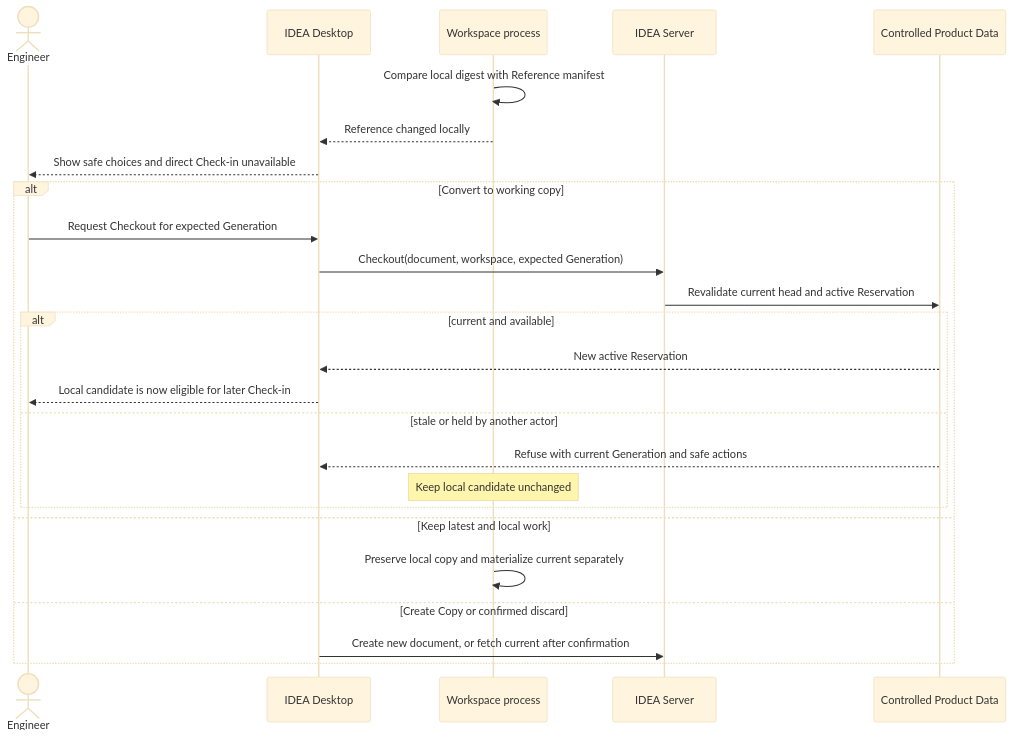
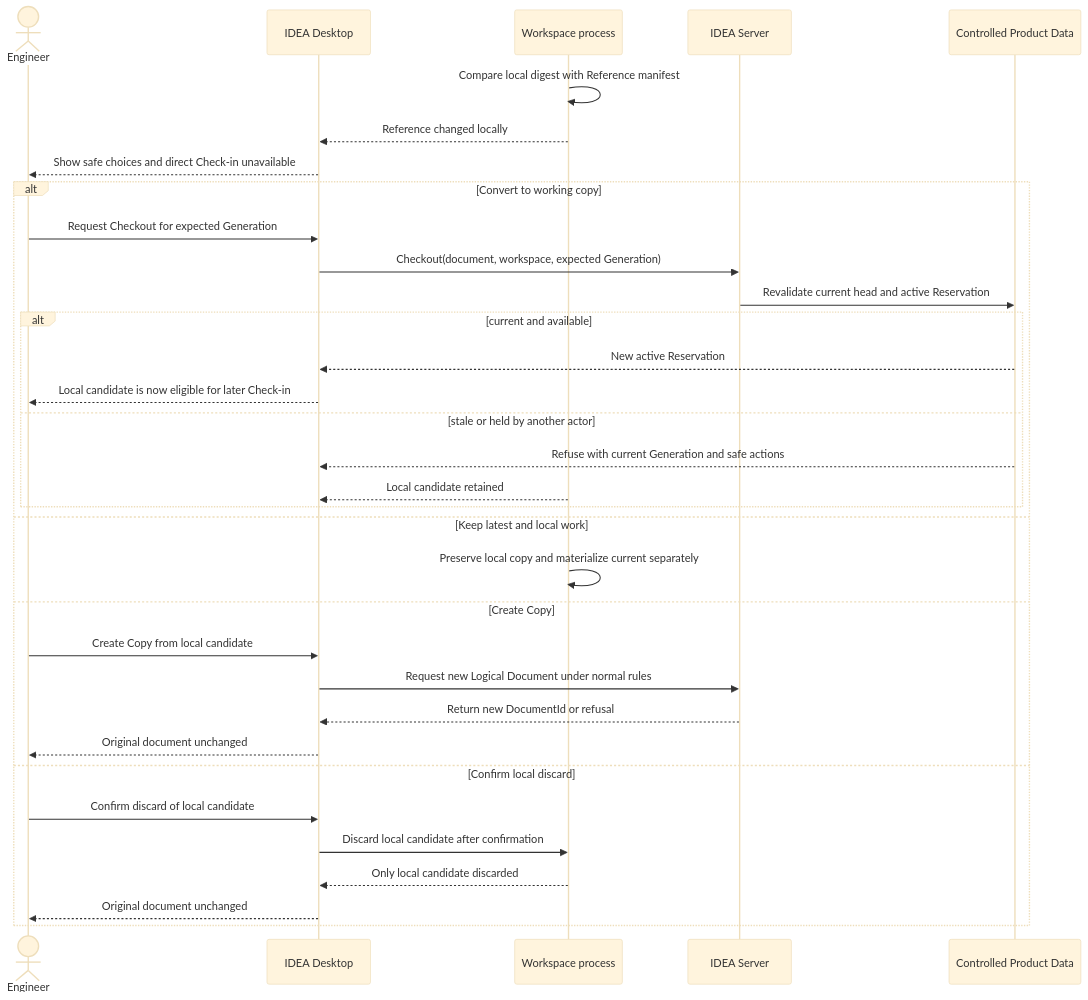
One commit to devphuclam/IDEAEngineering changed diagram 12 of 30 in docs/product/instances/idea-engineering/DOC-05-architecture-description.md. Above: the diagram before and after it, drawn with Mermaid (base theme). The commit also changed other lines of this file and 12 other files, not shown here.

Commit message:
docs: align P07 T011 scenario and reference diagram

````diff
--- a/docs/product/instances/idea-engineering/DOC-05-architecture-description.md
+++ b/docs/product/instances/idea-engineering/DOC-05-architecture-description.md
@@ -1035,31 +1036,39 @@
 ```mermaid
 sequenceDiagram
     accTitle: Modified Reference decision sequence
     accDescr: A changed local Reference cannot be checked in. The engineer may request Checkout against its exact expected Generation. Only a still-current and available Generation yields a new Reservation while keeping local bytes. Otherwise the original document is unchanged and the local candidate remains available for safe copy, current-file comparison, deliberate reapplication, Create Copy or confirmed discard.
 
     actor Engineer
     participant Desktop as IDEA Desktop
     participant Workspace as Workspace process
     participant Server as IDEA Server
     participant Product as Controlled Product Data
 
     Workspace->>Workspace: Compare local digest with Reference manifest
     Workspace-->>Desktop: Reference changed locally
     Desktop-->>Engineer: Show safe choices and direct Check-in unavailable
     alt Convert to working copy
         Engineer->>Desktop: Request Checkout for expected Generation
         Desktop->>Server: Checkout(document, workspace, expected Generation)
         Server->>Product: Revalidate current head and active Reservation
         alt current and available
             Product-->>Desktop: New active Reservation
             Desktop-->>Engineer: Local candidate is now eligible for later Check-in
         else stale or held by another actor
             Product-->>Desktop: Refuse with current Generation and safe actions
-            Note over Workspace: Keep local candidate unchanged
+            Workspace-->>Desktop: Local candidate retained
         end
     else Keep latest and local work
         Workspace->>Workspace: Preserve local copy and materialize current separately
-    else Create Copy or confirmed discard
-        Desktop->>Server: Create new document, or fetch current after confirmation
+    else Create Copy
+        Engineer->>Desktop: Create Copy from local candidate
+        Desktop->>Server: Request new Logical Document under normal rules
+        Server-->>Desktop: Return new DocumentId or refusal
+        Desktop-->>Engineer: Original document unchanged
+    else Confirm local discard
+        Engineer->>Desktop: Confirm discard of local candidate
+        Desktop->>Workspace: Discard local candidate after confirmation
+        Workspace-->>Desktop: Only local candidate discarded
+        Desktop-->>Engineer: Original document unchanged
     end
 ```
````
